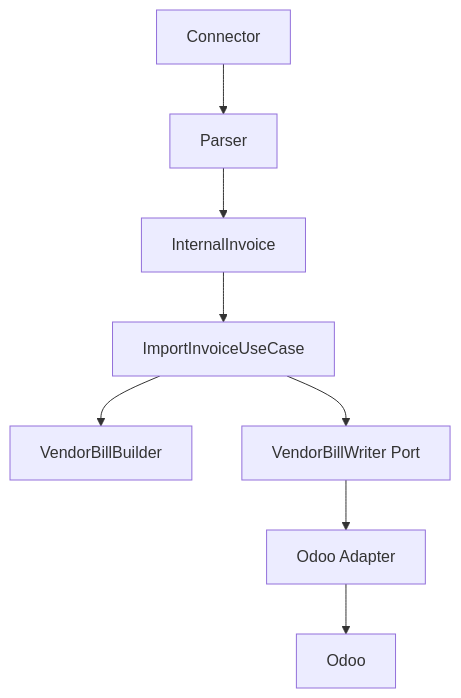
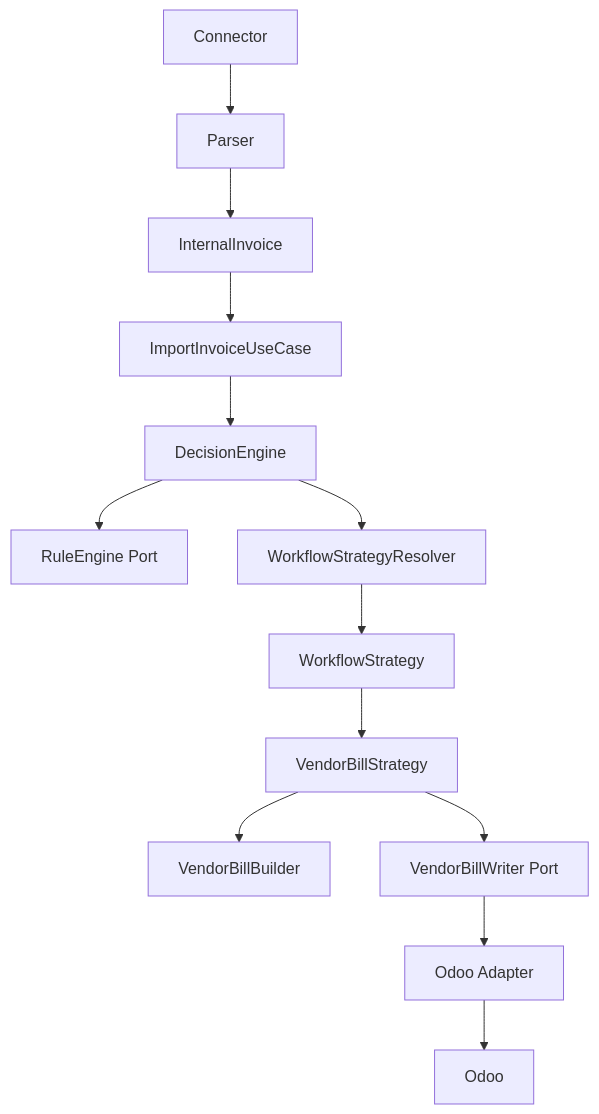
One commit to odurmazoglu/ict-integration-hub changed the first of 4 diagrams in docs/APPLICATION_LAYER.md. Above: the diagram before and after it, drawn with Mermaid. The commit also changed other lines of this file and 18 other files, not shown here.

Commit message:
Add decision engine workflow strategy orchestration

````diff
--- a/docs/APPLICATION_LAYER.md
+++ b/docs/APPLICATION_LAYER.md
@@ -96,19 +101,29 @@
 ```mermaid
 flowchart TB
     Connector[Connector]
     Parser[Parser]
     InternalInvoice[InternalInvoice]
     ImportInvoiceUseCase[ImportInvoiceUseCase]
+    DecisionEngine[DecisionEngine]
+    RuleEngine[RuleEngine Port]
+    StrategyResolver[WorkflowStrategyResolver]
+    WorkflowStrategy[WorkflowStrategy]
+    VendorBillStrategy[VendorBillStrategy]
     VendorBillBuilder[VendorBillBuilder]
     VendorBillWriter[VendorBillWriter Port]
     OdooAdapter[Odoo Adapter]
     Odoo[Odoo]
 
     Connector --> Parser
     Parser --> InternalInvoice
     InternalInvoice --> ImportInvoiceUseCase
-    ImportInvoiceUseCase --> VendorBillBuilder
-    ImportInvoiceUseCase --> VendorBillWriter
+    ImportInvoiceUseCase --> DecisionEngine
+    DecisionEngine --> RuleEngine
+    DecisionEngine --> StrategyResolver
+    StrategyResolver --> WorkflowStrategy
+    WorkflowStrategy --> VendorBillStrategy
+    VendorBillStrategy --> VendorBillBuilder
+    VendorBillStrategy --> VendorBillWriter
     VendorBillWriter --> OdooAdapter
     OdooAdapter --> Odoo
 ```
````
